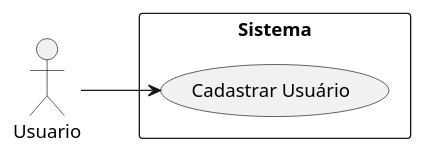
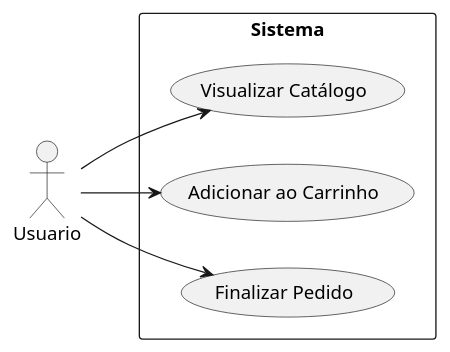
Before and after one commit to yasminruela-ai/ImperioDelivey: the diagram in Docs/CasosUso/DIAGRAMA.md, drawn with PlantUML.

Commit message:
Diagrama do caso de uso: Realizar pedido

```diff
--- a/Docs/CasosUso/DIAGRAMA.md
+++ b/Docs/CasosUso/DIAGRAMA.md
@@ -1,12 +1,16 @@
 @startuml
 left to right direction
 
 actor Usuario
 
 rectangle Sistema {
- (Cadastrar Usuário)
+ (Visualizar Catálogo)
+ (Adicionar ao Carrinho)
+ (Finalizar Pedido)
 }
 
-Usuario --> (Cadastrar Usuário)
+Usuario --> (Visualizar Catálogo)
+Usuario --> (Adicionar ao Carrinho)
+Usuario --> (Finalizar Pedido)
 
 @enduml
```
